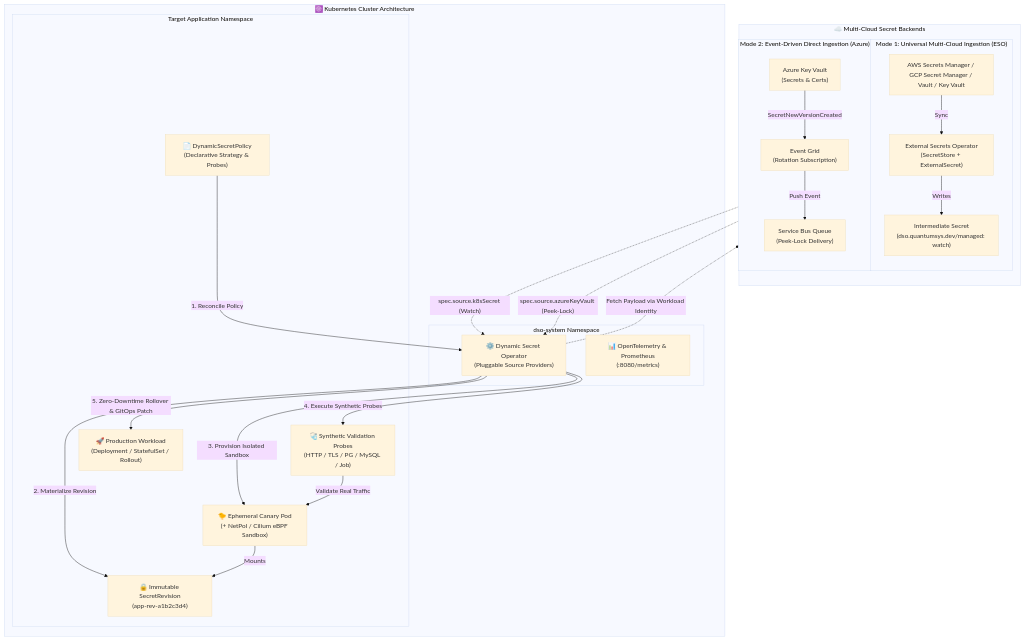
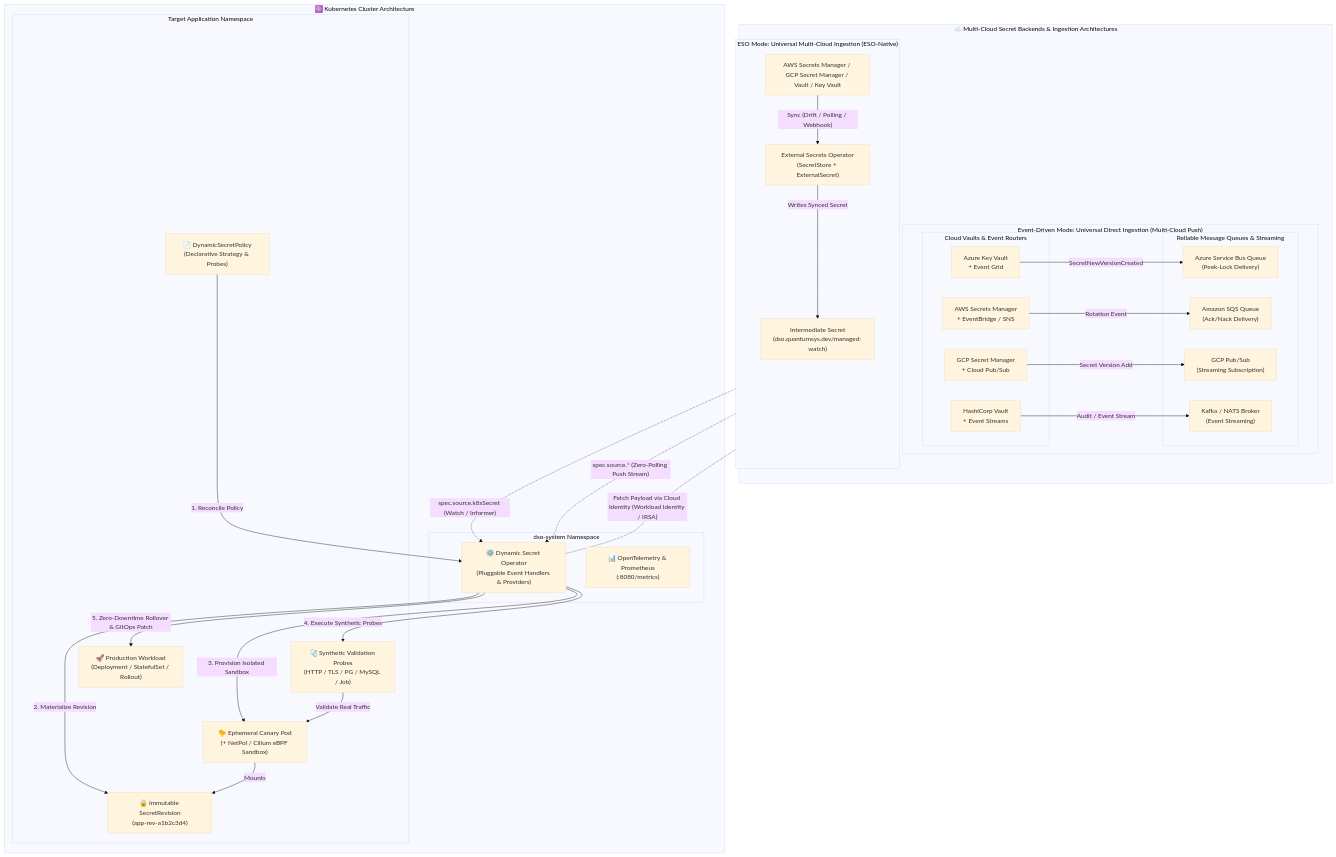
The diagram in README.md (quantumsys-dev/dynamic-secret-operator), drawn with Mermaid (base theme) before and after one commit. The commit also changed other lines of this file and 49 other files, not shown here.

First line of the commit message:
feat: add multi-cloud provider support, decoupled ESO mode, and provider guides (#73)

````diff
--- a/README.md
+++ b/README.md
@@ -36,50 +36,65 @@
 ```mermaid
 flowchart TD
-    subgraph MultiCloud ["☁️ Multi-Cloud Secret Backends"]
+    subgraph MultiCloud ["☁️ Multi-Cloud Secret Backends & Ingestion Architectures"]
         direction TB
-        subgraph ModeB ["Mode 1: Universal Multi-Cloud Ingestion (ESO)"]
+
+        subgraph ModeESO ["ESO Mode: Universal Multi-Cloud Ingestion (ESO-Native)"]
             VAULT_ALL["AWS Secrets Manager / GCP Secret Manager / Vault / Key Vault"]
             ESO["External Secrets Operator<br/>(SecretStore + ExternalSecret)"]
             SYNC_SEC["Intermediate Secret<br/>(dso.quantumsys.dev/managed: watch)"]
-            VAULT_ALL -->|"Sync"| ESO
-            ESO -->|"Writes"| SYNC_SEC
+            VAULT_ALL -->|"Sync (Drift / Polling / Webhook)"| ESO
+            ESO -->|"Writes Synced Secret"| SYNC_SEC
         end
 
-        subgraph ModeA ["Mode 2: Event-Driven Direct Ingestion (Azure)"]
-            AKV["Azure Key Vault<br/>(Secrets & Certs)"]
-            AEG["Event Grid<br/>(Rotation Subscription)"]
-            ASB["Service Bus Queue<br/>(Peek-Lock Delivery)"]
-            AKV -->|"SecretNewVersionCreated"| AEG
-            AEG -->|"Push Event"| ASB
+        subgraph ModeEventDriven ["Event-Driven Mode: Universal Direct Ingestion (Multi-Cloud Push)"]
+            direction LR
+            subgraph CloudVaults ["Cloud Vaults & Event Routers"]
+                AKV["Azure Key Vault<br/>+ Event Grid"]
+                AWS_SM["AWS Secrets Manager<br/>+ EventBridge / SNS"]
+                GCP_SM["GCP Secret Manager<br/>+ Cloud Pub/Sub"]
+                VAULT_EVT["HashiCorp Vault<br/>+ Event Streams"]
+            end
+
+            subgraph CloudQueues ["Reliable Message Queues & Streaming"]
+                ASB["Azure Service Bus Queue<br/>(Peek-Lock Delivery)"]
+                SQS["Amazon SQS Queue<br/>(Ack/Nack Delivery)"]
+                PUBSUB["GCP Pub/Sub<br/>(Streaming Subscription)"]
+                KAFKA["Kafka / NATS Broker<br/>(Event Streaming)"]
+            end
+
+            AKV -->|"SecretNewVersionCreated"| ASB
+            AWS_SM -->|"Rotation Event"| SQS
+            GCP_SM -->|"Secret Version Add"| PUBSUB
+            VAULT_EVT -->|"Audit / Event Stream"| KAFKA
         end
     end
 
     subgraph K8sCluster ["☸️ Kubernetes Cluster Architecture"]
         subgraph DSO_System ["dso-system Namespace"]
-            DSO["⚙️ Dynamic Secret Operator<br/>(Pluggable Source Providers)"]
+            DSO["⚙️ Dynamic Secret Operator<br/>(Pluggable Event Handlers & Providers)"]
             OTEL["📊 OpenTelemetry & Prometheus<br/>(:8080/metrics)"]
         end
 
         subgraph AppNamespace ["Target Application Namespace"]
             DSP["📄 DynamicSecretPolicy<br/>(Declarative Strategy & Probes)"]
             REV_SEC["🔒 Immutable SecretRevision<br/>(app-rev-a1b2c3d4)"]
             CANARY["🐤 Ephemeral Canary Pod<br/>(+ NetPol / Cilium eBPF Sandbox)"]
             PROBES["🩺 Synthetic Validation Probes<br/>(HTTP / TLS / PG / MySQL / Job)"]
             PROD["🚀 Production Workload<br/>(Deployment / StatefulSet / Rollout)"]
         end
     end
 
     %% Ingestion Flows
-    SYNC_SEC -.->|"spec.source.k8sSecret (Watch)"| DSO
-    ASB -.->|"spec.source.azureKeyVault (Peek-Lock)"| DSO
-    DSO -.->|"Fetch Payload via Workload Identity"| AKV
+    SYNC_SEC -.->|"spec.source.k8sSecret (Watch / Informer)"| DSO
+    CloudQueues -.->|"spec.source.* (Zero-Polling Push Stream)"| DSO
+    DSO -.->|"Fetch Payload via Cloud Identity (Workload Identity / IRSA)"| MultiCloud
 
     %% Progressive Delivery State Machine
     DSP -->|"1. Reconcile Policy"| DSO
     DSO -->|"2. Materialize Revision"| REV_SEC
     DSO -->|"3. Provision Isolated Sandbox"| CANARY
     CANARY -->|"Mounts"| REV_SEC
     DSO -->|"4. Execute Synthetic Probes"| PROBES
     PROBES -->|"Validate Real Traffic"| CANARY
     DSO -->|"5. Zero-Downtime Rollover & GitOps Patch"| PROD
 ```
````
